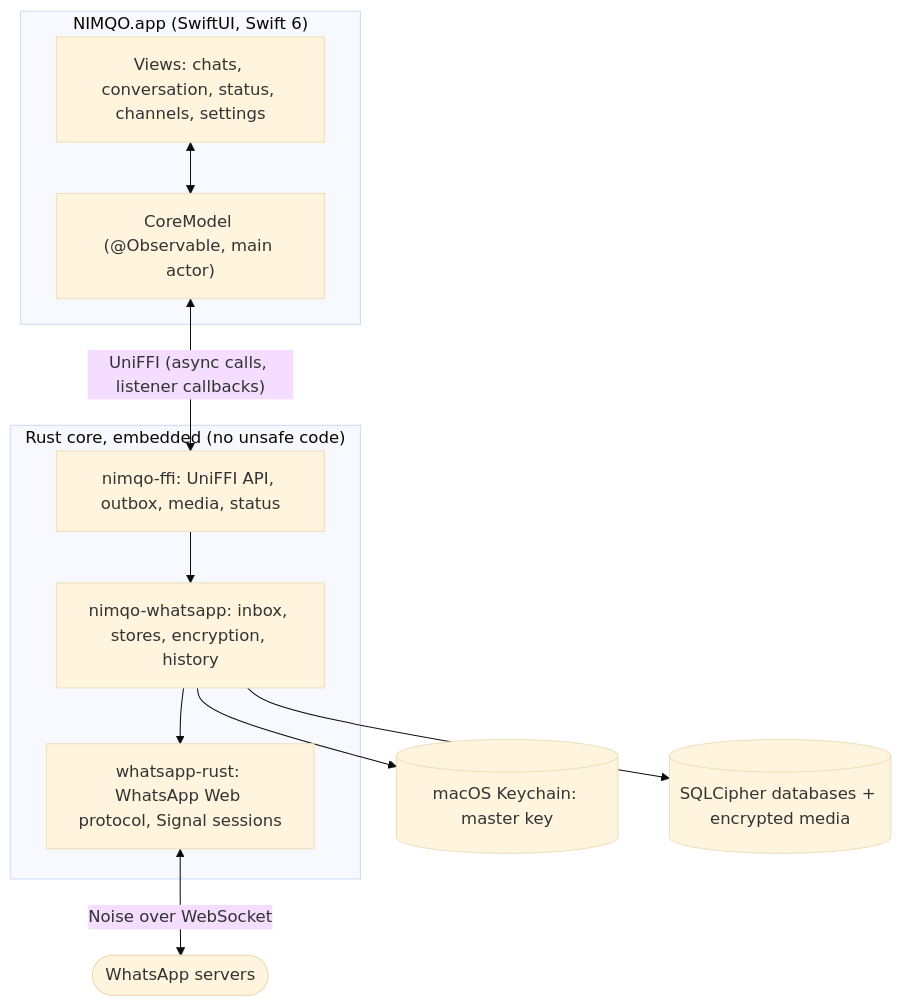
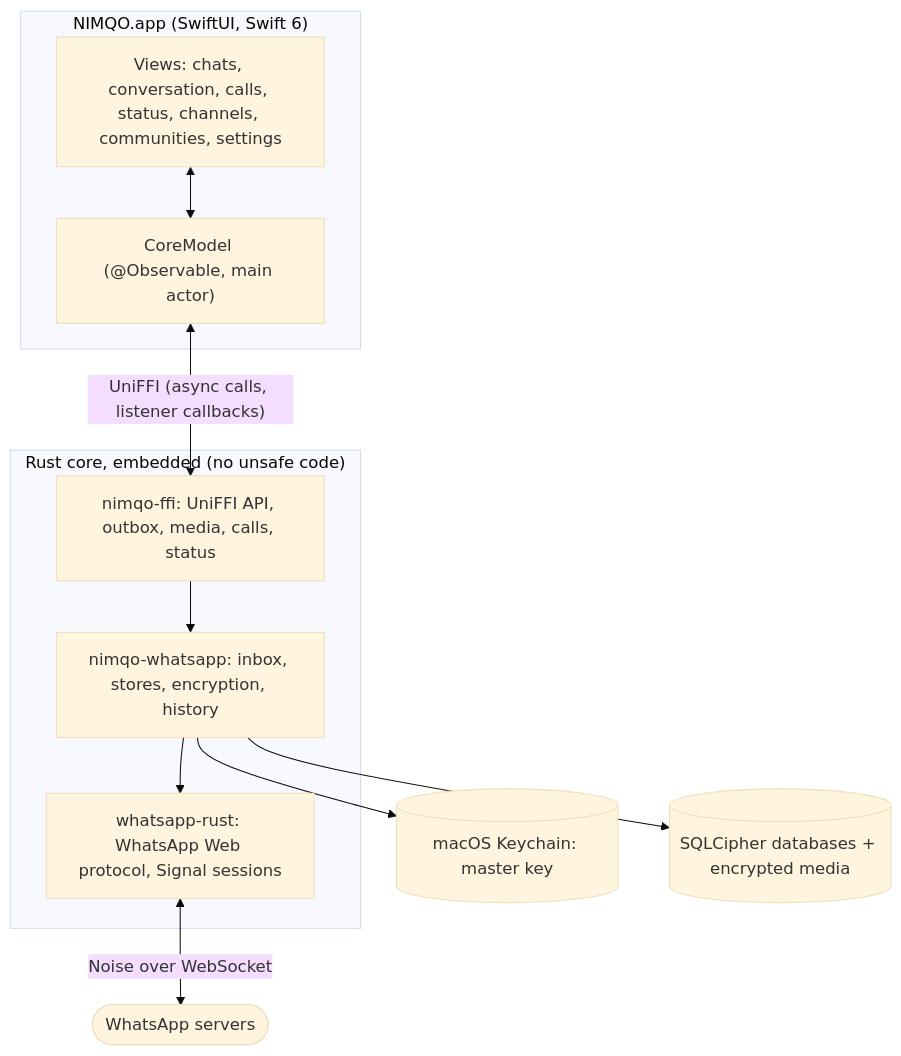
Before and after one commit to wprimadi/nimqo: the diagram in README.md, drawn with Mermaid (base theme). The commit also changed other lines of this file, not shown here.

````diff
--- a/README.md
+++ b/README.md
@@ -273,22 +319,22 @@
 ```mermaid
 flowchart TB
     subgraph App["NIMQO.app (SwiftUI, Swift 6)"]
-        UI["Views: chats, conversation, status, channels, settings"]
+        UI["Views: chats, conversation, calls, status, channels, communities, settings"]
         Model["CoreModel (@Observable, main actor)"]
     end
     subgraph Core["Rust core, embedded (no unsafe code)"]
-        FFI["nimqo-ffi: UniFFI API, outbox, media, status"]
+        FFI["nimqo-ffi: UniFFI API, outbox, media, calls, status"]
         WA["nimqo-whatsapp: inbox, stores, encryption, history"]
         Upstream["whatsapp-rust: WhatsApp Web protocol, Signal sessions"]
     end
     Keychain[("macOS Keychain: master key")]
     Disk[("SQLCipher databases + encrypted media")]
     Servers(["WhatsApp servers"])
 
     UI <--> Model
     Model <-->|"UniFFI (async calls, listener callbacks)"| FFI
     FFI --> WA --> Upstream
     WA --> Disk
     WA --> Keychain
     Upstream <-->|"Noise over WebSocket"| Servers
 ```
````
